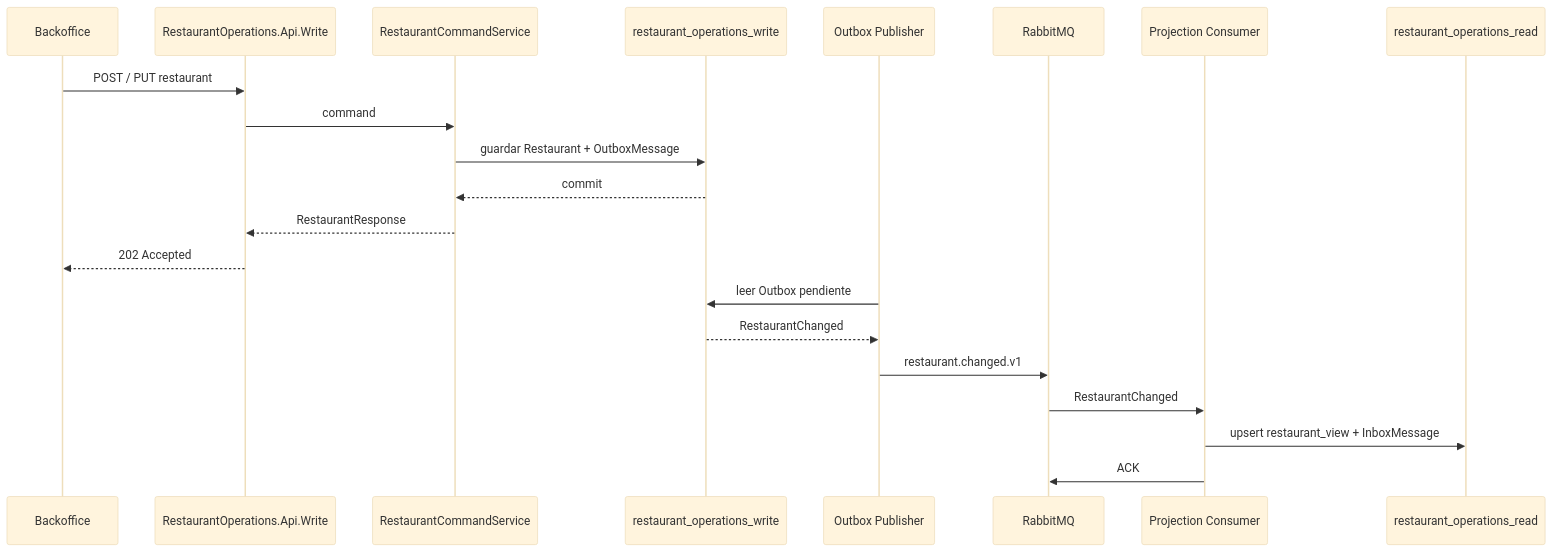
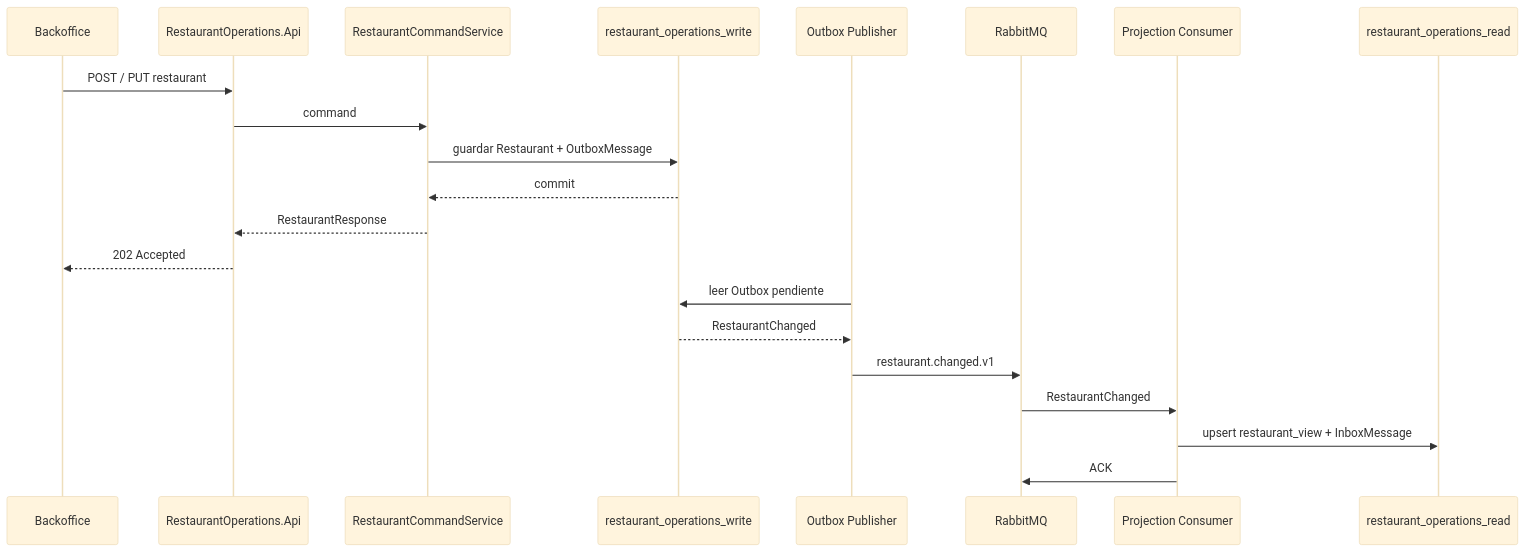
Before and after one commit to sergioocode/Restaurantes: the third of 7 diagrams in docs/RestaurantOperations.README.md, drawn with Mermaid (base theme). The commit also changed other lines of this file and 11 other files, not shown here.

````diff
--- a/docs/RestaurantOperations.README.md
+++ b/docs/RestaurantOperations.README.md
@@ -171,25 +169,25 @@
 ```mermaid
 sequenceDiagram
     participant Client as Backoffice
-    participant API as RestaurantOperations.Api.Write
+    participant API as RestaurantOperations.Api
     participant App as RestaurantCommandService
     participant DB as restaurant_operations_write
     participant Publisher as Outbox Publisher
     participant MQ as RabbitMQ
     participant Consumer as Projection Consumer
     participant ReadDB as restaurant_operations_read
 
     Client->>API: POST / PUT restaurant
     API->>App: command
     App->>DB: guardar Restaurant + OutboxMessage
     DB-->>App: commit
     App-->>API: RestaurantResponse
     API-->>Client: 202 Accepted
 
     Publisher->>DB: leer Outbox pendiente
     DB-->>Publisher: RestaurantChanged
     Publisher->>MQ: restaurant.changed.v1
     MQ->>Consumer: RestaurantChanged
     Consumer->>ReadDB: upsert restaurant_view + InboxMessage
     Consumer->>MQ: ACK
 ```
````
